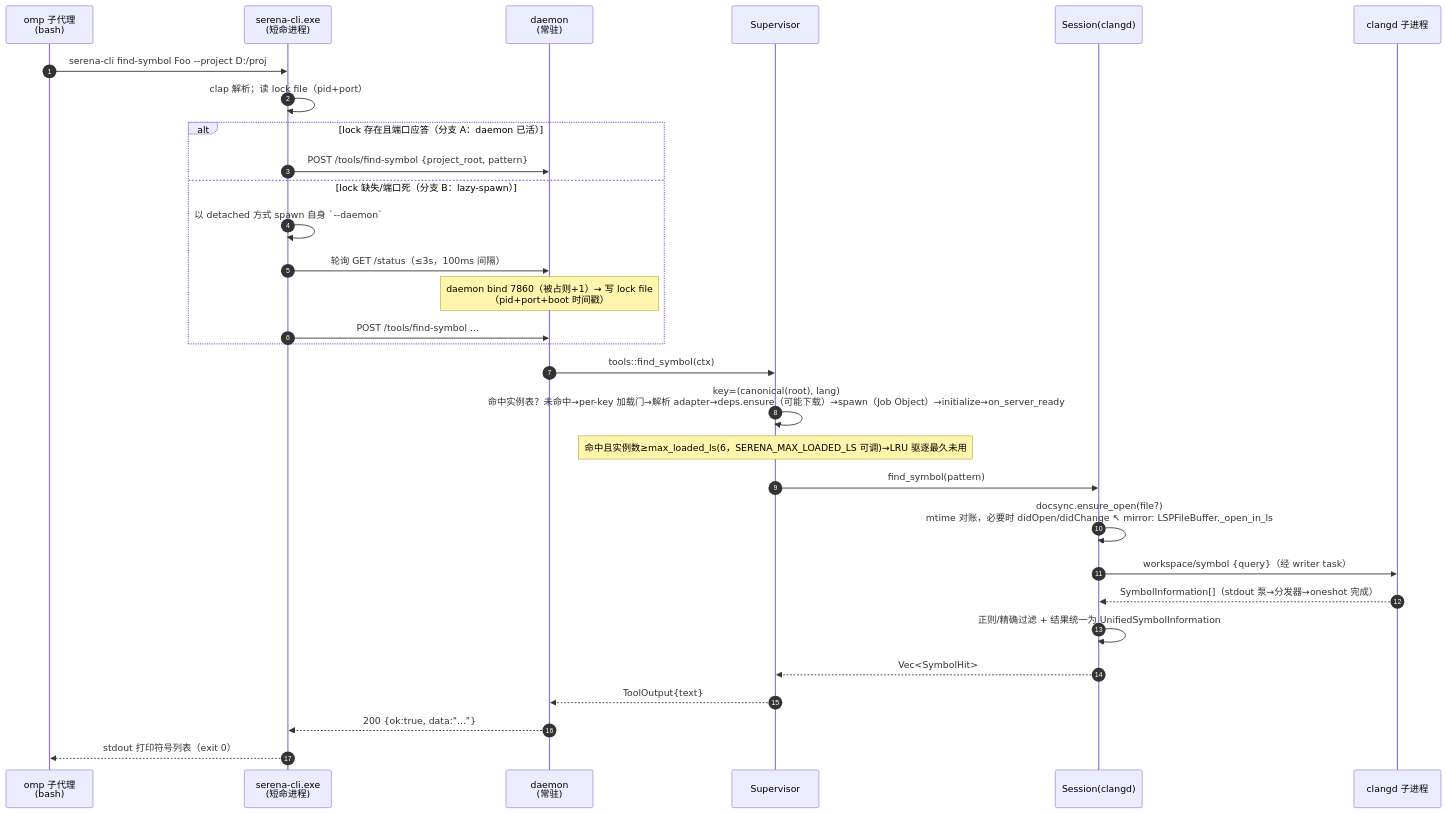
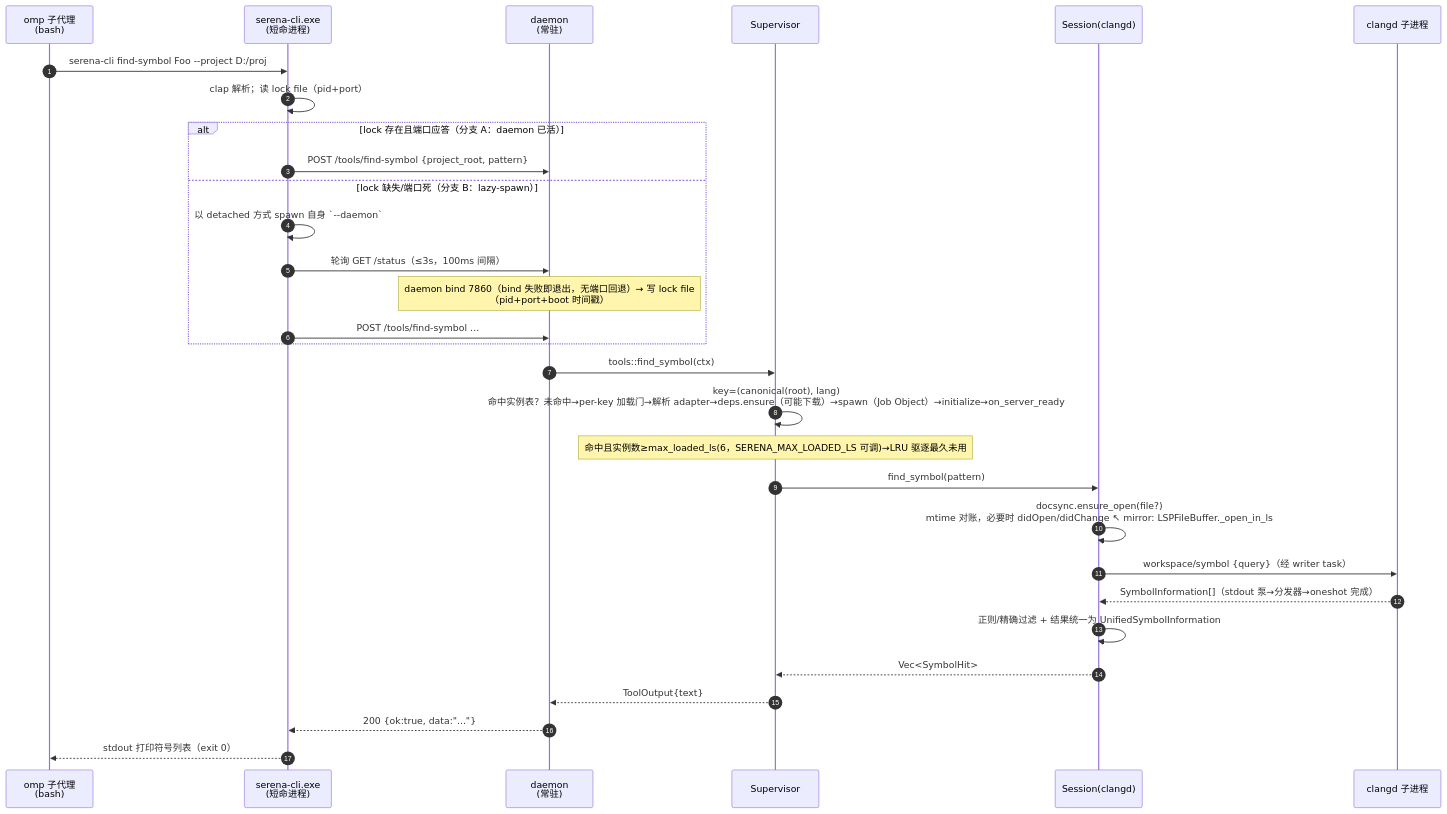
Before and after one commit to Be90nia/serena-cli: the second of 8 diagrams in ARCHITECTURE.md, drawn with Mermaid. The commit also changed other lines of this file and 29 other files, not shown here.

````diff
--- a/ARCHITECTURE.md
+++ b/ARCHITECTURE.md
@@ -138,33 +143,33 @@
 ```mermaid
 sequenceDiagram
     autonumber
     participant Agent as omp 子代理<br/>(bash)
     participant CLI as serena-cli.exe<br/>(短命进程)
     participant D as daemon<br/>(常驻)
     participant SUP as Supervisor
     participant SES as Session(clangd)
     participant LS as clangd 子进程
 
     Agent->>CLI: serena-cli find-symbol Foo --project D:/proj
     CLI->>CLI: clap 解析；读 lock file（pid+port）
     alt lock 存在且端口应答（分支 A：daemon 已活）
         CLI->>D: POST /tools/find-symbol {project_root, pattern}
     else lock 缺失/端口死（分支 B：lazy-spawn）
         CLI->>CLI: 以 detached 方式 spawn 自身 `--daemon`
         CLI->>D: 轮询 GET /status（≤3s，100ms 间隔）
-        Note over D: daemon bind 7860（被占则+1）→ 写 lock file<br/>（pid+port+boot 时间戳）
+        Note over D: daemon bind 7860（bind 失败即退出，无端口回退）→ 写 lock file<br/>（pid+port+boot 时间戳）
         CLI->>D: POST /tools/find-symbol …
     end
     D->>SUP: tools::find_symbol(ctx)
     SUP->>SUP: key=(canonical(root), lang)<br/>命中实例表？未命中→per-key 加载门→解析 adapter→deps.ensure（可能下载）→spawn（Job Object）→initialize→on_server_ready
     Note over SUP: 命中且实例数≥max_loaded_ls(6，SERENA_MAX_LOADED_LS 可调)→LRU 驱逐最久未用
     SUP->>SES: find_symbol(pattern)
     SES->>SES: docsync.ensure_open(file?)<br/>mtime 对账，必要时 didOpen/didChange ↖ mirror: LSPFileBuffer._open_in_ls
     SES->>LS: workspace/symbol {query}（经 writer task）
     LS-->>SES: SymbolInformation[]（stdout 泵→分发器→oneshot 完成）
     SES->>SES: 正则/精确过滤 + 结果统一为 UnifiedSymbolInformation
     SES-->>SUP: Vec<SymbolHit>
     SUP-->>D: ToolOutput{text}
     D-->>CLI: 200 {ok:true, data:"..."}
     CLI-->>Agent: stdout 打印符号列表（exit 0）
 ```
````
